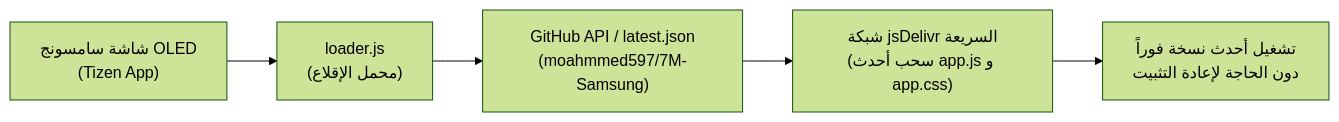
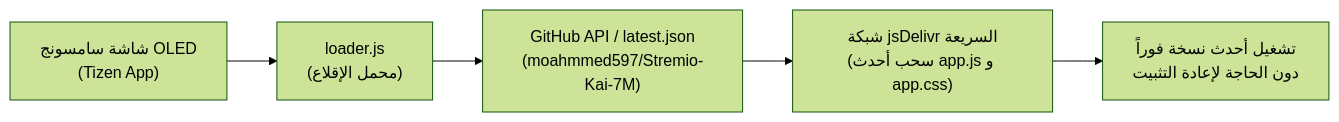
The diagram in PROJECT_ARCHIVE.md (moahmmed597/7M-Samsung), drawn with Mermaid (forest theme) before and after one commit. The commit also changed other lines of this file, not shown here.

````diff
--- a/PROJECT_ARCHIVE.md
+++ b/PROJECT_ARCHIVE.md
@@ -15,7 +15,7 @@
 ```mermaid
 flowchart LR
     TV["شاشة سامسونج OLED\n(Tizen App)"] --> Loader["loader.js\n(محمل الإقلاع)"]
-    Loader --> GH["GitHub API / latest.json\n(moahmmed597/7M-Samsung)"]
+    Loader --> GH["GitHub API / latest.json\n(moahmmed597/Stremio-Kai-7M)"]
     GH --> CDN["شبكة jsDelivr السريعة\n(سحب أحدث app.js و app.css)"]
     CDN --> Launch["تشغيل أحدث نسخة فوراً\nدون الحاجة لإعادة التثبيت"]
 ```
````
